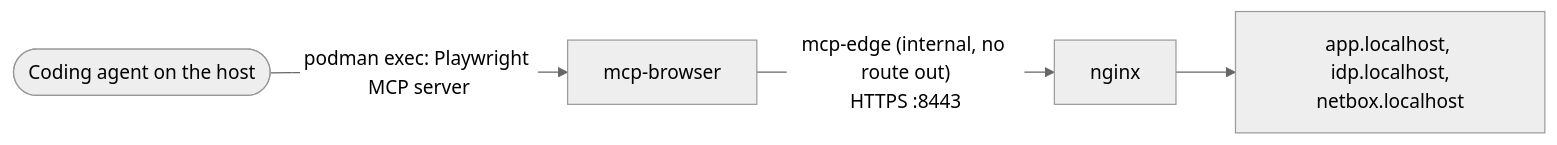
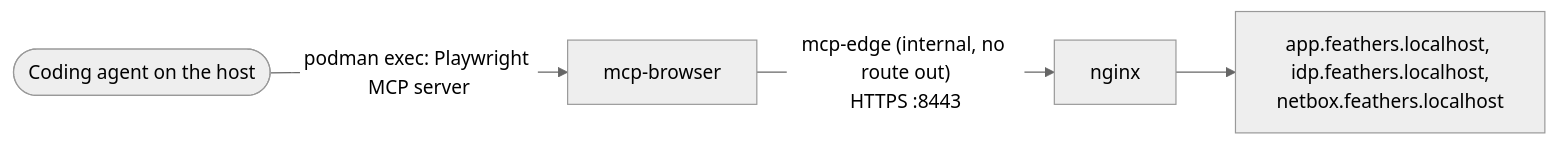
Before and after one commit to rabalyn/feathers-skeleton-stack: the third of 3 diagrams in docs/adr_v2/diagrams/testing.md, drawn with Mermaid (neutral theme). The commit also changed other lines of this file and 72 other files, not shown here.

````diff
--- a/docs/adr_v2/diagrams/testing.md
+++ b/docs/adr_v2/diagrams/testing.md
@@ -59,6 +59,6 @@
 ```mermaid
 flowchart LR
   agent(["Coding agent on the host"]) -->|"podman exec: Playwright MCP server"| mcp["mcp-browser"]
   mcp -->|"mcp-edge (internal, no route out)<br>HTTPS :8443"| nginx["nginx"]
-  nginx --> app["app.localhost, idp.localhost,<br>netbox.localhost"]
+  nginx --> app["app.feathers.localhost, idp.feathers.localhost,<br>netbox.feathers.localhost"]
 ```
````
